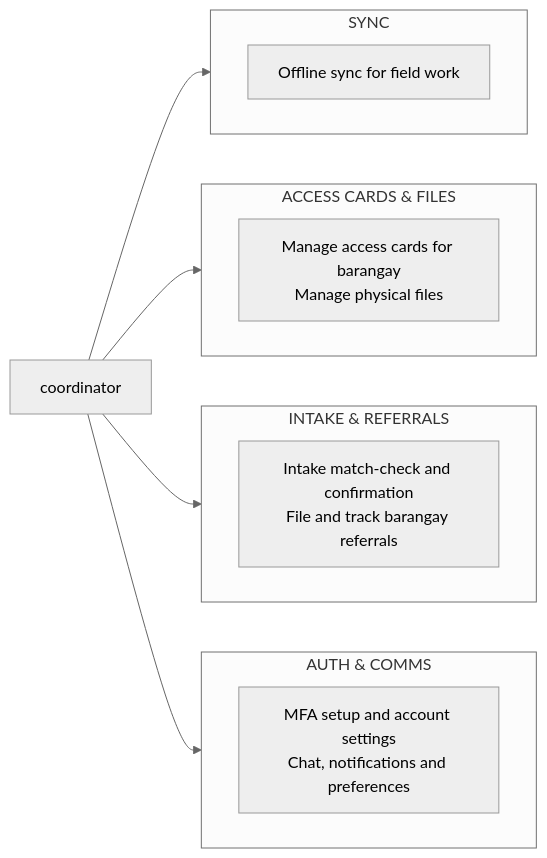
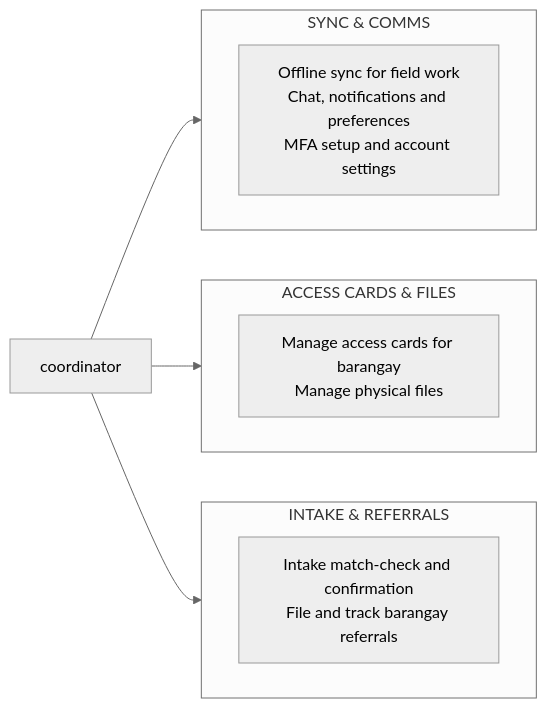
The fourth of 8 diagrams in docs/diagrams/02-use-case-diagram.md (urlsalimbot/THESIS1-KAPWA), drawn with Mermaid (neutral theme) before and after one commit. The commit also changed other lines of this file, not shown here.

Commit message:
docs: join use cases per role with category rectangles in one diagram each

````diff
--- a/docs/diagrams/02-use-case-diagram.md
+++ b/docs/diagrams/02-use-case-diagram.md
@@ -142,29 +120,23 @@
 ```mermaid
 flowchart LR
     CO["coordinator"]
 
-    subgraph AuthComms[AUTH & COMMS]
-        direction LR
-        K1["MFA setup and account settings<br/>Chat, notifications and preferences"]
-    end
-
     subgraph IntakeRef[INTAKE & REFERRALS]
         direction LR
-        K2["Intake match-check and confirmation<br/>File and track barangay referrals"]
+        K1["Intake match-check and confirmation<br/>File and track barangay referrals"]
     end
 
     subgraph CardsFiles[ACCESS CARDS & FILES]
         direction LR
-        K3["Manage access cards for barangay<br/>Manage physical files"]
+        K2["Manage access cards for barangay<br/>Manage physical files"]
     end
 
-    subgraph Sync[SYNC]
+    subgraph SyncComms[SYNC & COMMS]
         direction LR
-        K4["Offline sync for field work"]
+        K3["Offline sync for field work<br/>Chat, notifications and preferences<br/>MFA setup and account settings"]
     end
 
     CO --> K1
     CO --> K2
     CO --> K3
-    CO --> K4
 ```
````
